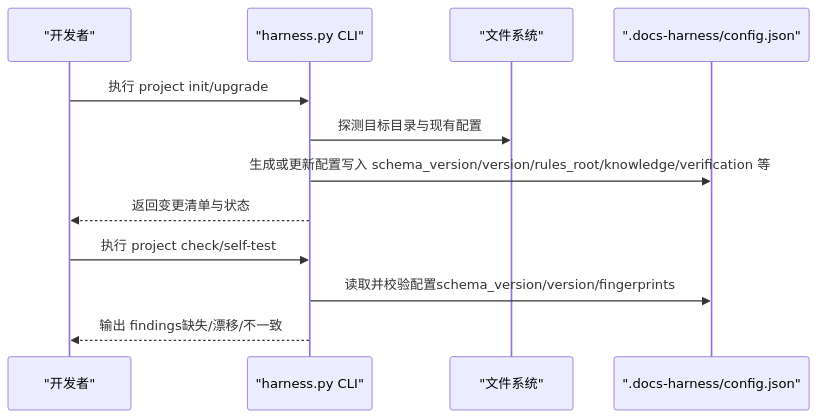
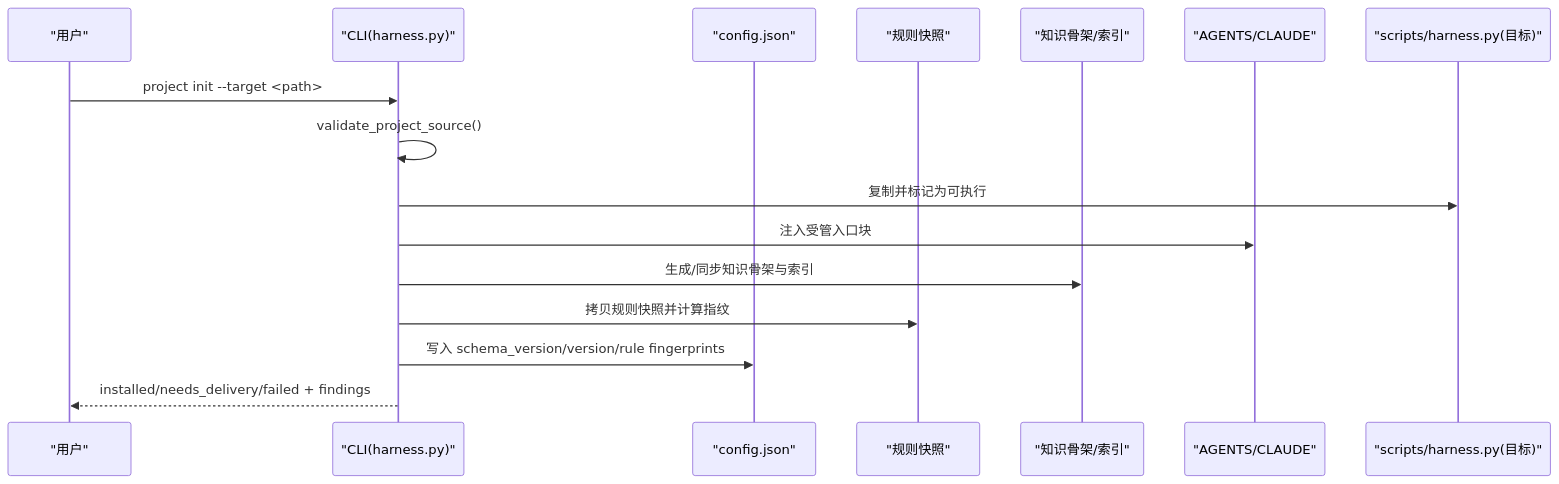
The second of 6 diagrams in .qoder/repowiki/zh/content/高级主题/部署与运维/配置管理.md (HackSing/docs-harness), drawn with Mermaid before and after one commit. The commit also changed other lines of this file and 20 other files, not shown here.

````diff
--- a/.qoder/repowiki/zh/content/高级主题/部署与运维/配置管理.md
+++ b/.qoder/repowiki/zh/content/高级主题/部署与运维/配置管理.md
@@ -86,14 +73,18 @@
 ```mermaid
 sequenceDiagram
-participant Dev as "开发者"
-participant CLI as "harness.py CLI"
-participant FS as "文件系统"
-participant CFG as ".docs-harness/config.json"
-Dev->>CLI : 执行 project init/upgrade
-CLI->>FS : 探测目标目录与现有配置
-CLI->>CFG : 生成或更新配置写入 schema_version/version/rules_root/knowledge/verification 等
-CLI-->>Dev : 返回变更清单与状态
-Dev->>CLI : 执行 project check/self-test
-CLI->>CFG : 读取并校验配置schema_version/version/fingerprints
-CLI-->>Dev : 输出 findings缺失/漂移/不一致
+participant U as "用户"
+participant CLI as "CLI(harness.py)"
+participant CFG as "config.json"
+participant RUL as "规则快照"
+participant DOC as "知识骨架/索引"
+participant AG as "AGENTS/CLAUDE"
+participant SCR as "scripts/harness.py(目标)"
+U->>CLI : project init --target <path>
+CLI->>CLI : validate_project_source()
+CLI->>SCR : 复制并标记为可执行
+CLI->>AG : 注入受管入口块
+CLI->>DOC : 生成/同步知识骨架与索引
+CLI->>RUL : 拷贝规则快照并计算指纹
+CLI->>CFG : 写入 schema_version/version/rule fingerprints
+CLI-->>U : installed/needs_delivery/failed + findings
 ```
````
